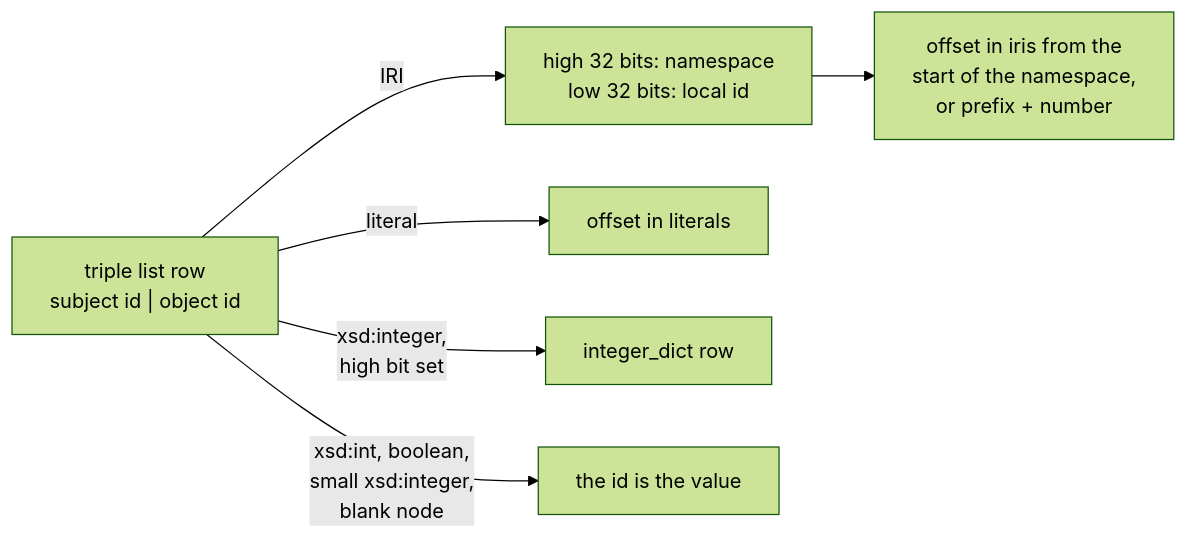
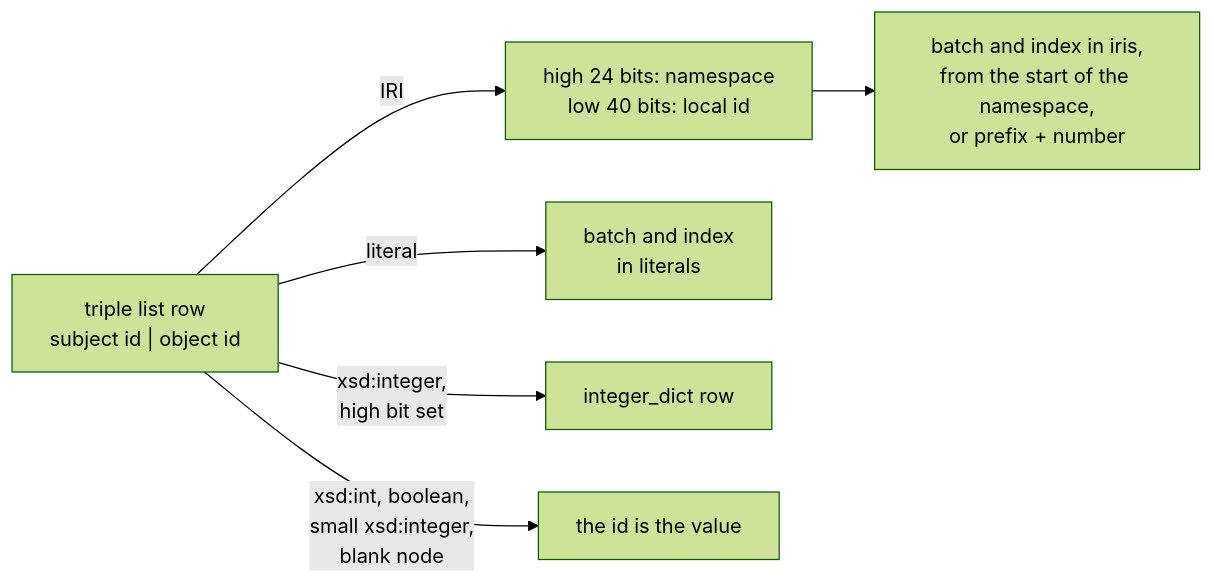
Before and after one commit to JervenBolleman/sparql-readonly: the third of 5 diagrams in docs/storage.md, drawn with Mermaid (forest theme). The commit also changed other lines of this file and 15 other files, not shown here.

First line of the commit message:
Compress the IRI and literal dictionaries with FSST in batches of 128

````diff
--- a/docs/storage.md
+++ b/docs/storage.md
@@ -167,9 +190,9 @@
 ```mermaid
 flowchart LR
     row["triple list row<br/>subject id | object id"]
-    row -->|IRI| split["high 32 bits: namespace<br/>low 32 bits: local id"]
-    split --> nsfile["offset in iris from the<br/>start of the namespace,<br/>or prefix + number"]
-    row -->|literal| lit["offset in literals"]
+    row -->|IRI| split["high 24 bits: namespace<br/>low 40 bits: local id"]
+    split --> nsfile["batch and index in iris,<br/>from the start of the namespace,<br/>or prefix + number"]
+    row -->|literal| lit["batch and index<br/>in literals"]
     row -->|"xsd:integer,<br/>high bit set"| big["integer_dict row"]
     row -->|"xsd:int, boolean,<br/>small xsd:integer,<br/>blank node"| self["the id is the value"]
 ```
````
